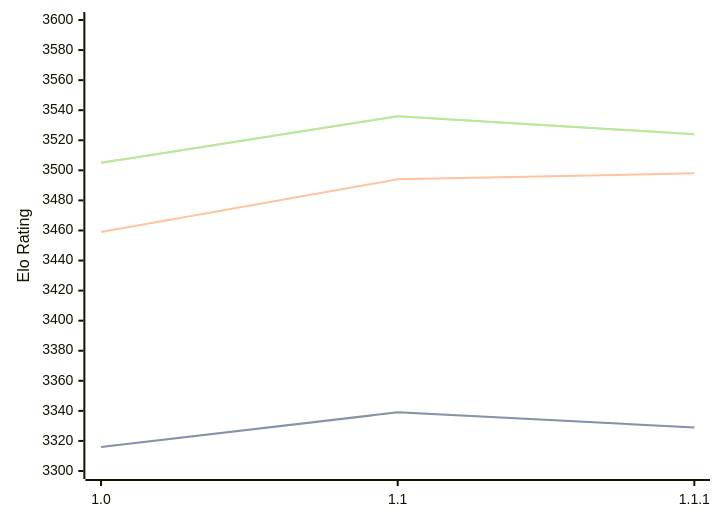
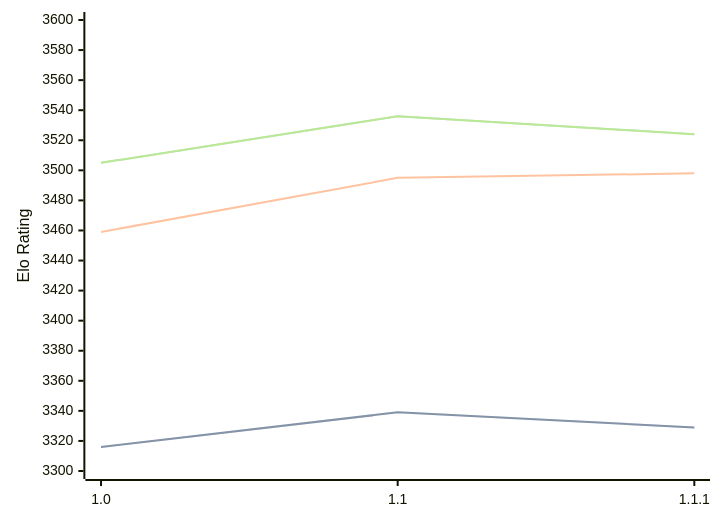
One commit to computer-chess-index/cci changed the diagram in engines/Icarus.md. Above: the diagram before and after it, drawn with Mermaid. The commit also changed other lines of this file, not shown here.

````diff
--- a/engines/Icarus.md
+++ b/engines/Icarus.md
@@ -33,11 +33,11 @@
 ```mermaid
 %%{init: {"theme":"base","themeVariables":{"seriesColors:['#a3a3a3','#222221','#faa371']}}}%%
 xychart-beta
   x-axis ["1.0", "1.1", "1.1.1"]
   y-axis "Elo Rating" 3300 --> 3600
   line "" [3316, 3339, 3329]
   line "STC (8.0+0.08s)" [3316, 3339, 3329]
-  line "LTC (60.0+0.60s)" [3459, 3494, 3498]
+  line "LTC (60.0+0.60s)" [3459, 3495, 3498]
   line "" [3505, 3536, 3524]
   line "VLTC (2m24s+1.12s)" [3505, 3536, 3524]
 ```
````
